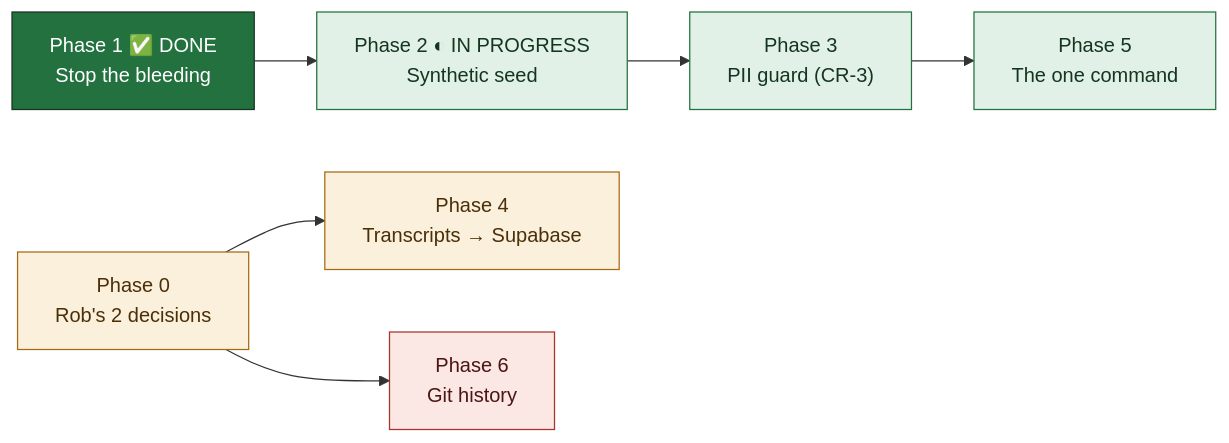
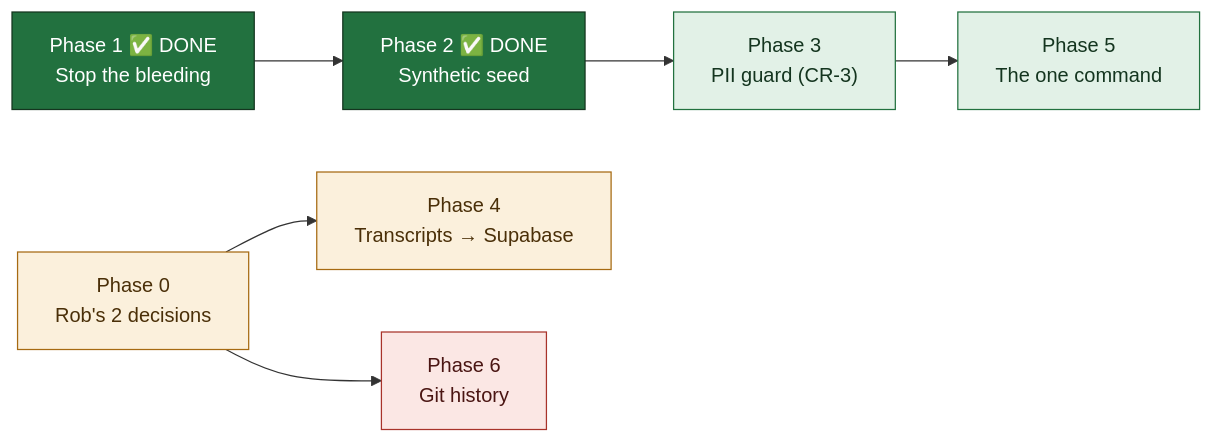
One commit to blacklabelbob/mle-rob-dashboard changed the diagram in docs/plans/PRD-scaffolding-in-git-data-in-supabase-v1.md. Above: the diagram before and after it, drawn with Mermaid. The commit also changed other lines of this file and 9 other files, not shown here.

````diff
--- a/docs/plans/PRD-scaffolding-in-git-data-in-supabase-v1.md
+++ b/docs/plans/PRD-scaffolding-in-git-data-in-supabase-v1.md
@@ -30,19 +30,19 @@
 ```mermaid
 graph LR
   P0["Phase 0<br/>Rob's 2 decisions"]:::blocked
   P1["Phase 1 ✅ DONE<br/>Stop the bleeding"]:::done
-  P2["Phase 2 ◐ IN PROGRESS<br/>Synthetic seed"]:::ready
+  P2["Phase 2 ✅ DONE<br/>Synthetic seed"]:::done
   P3["Phase 3<br/>PII guard (CR-3)"]:::ready
   P5["Phase 5<br/>The one command"]:::ready
   P4["Phase 4<br/>Transcripts → Supabase"]:::blocked
   P6["Phase 6<br/>Git history"]:::danger
 
   P1 --> P2 --> P3 --> P5
   P0 --> P4
   P0 --> P6
 
   classDef done fill:#22713F,stroke:#14351F,color:#FFFFFF
   classDef ready fill:#E2F1E7,stroke:#22713F,color:#14351F
   classDef blocked fill:#FBF0DC,stroke:#A66A12,color:#4A2F08
   classDef danger fill:#FBE7E4,stroke:#A8332A,color:#4A1512
 ```
````
